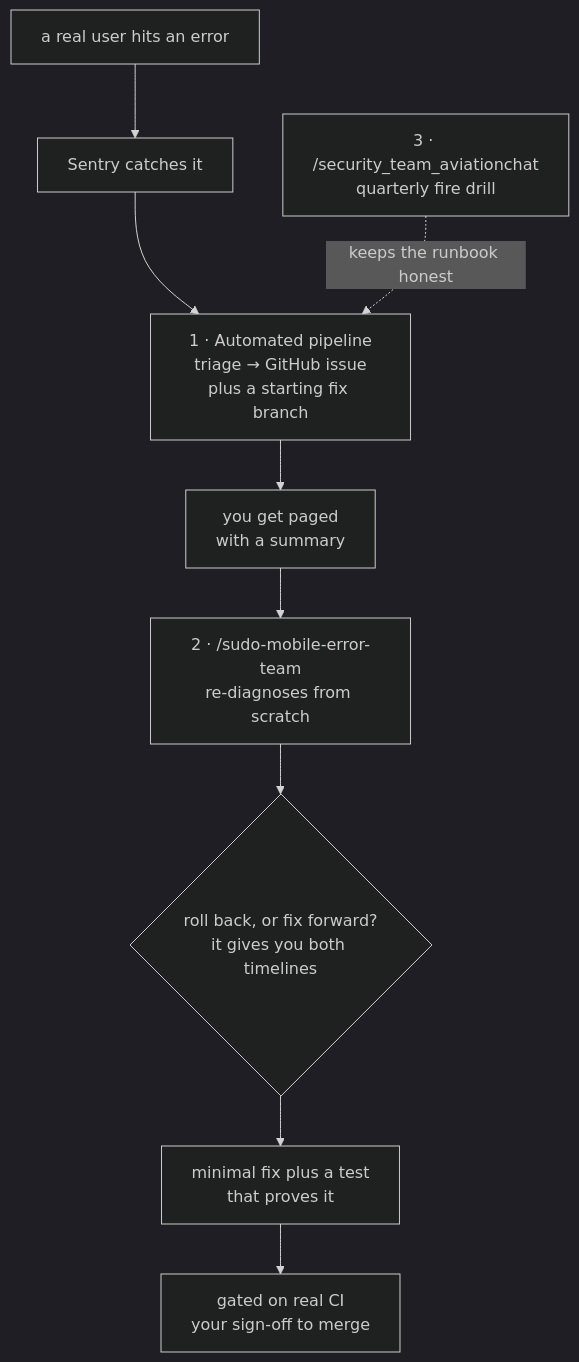
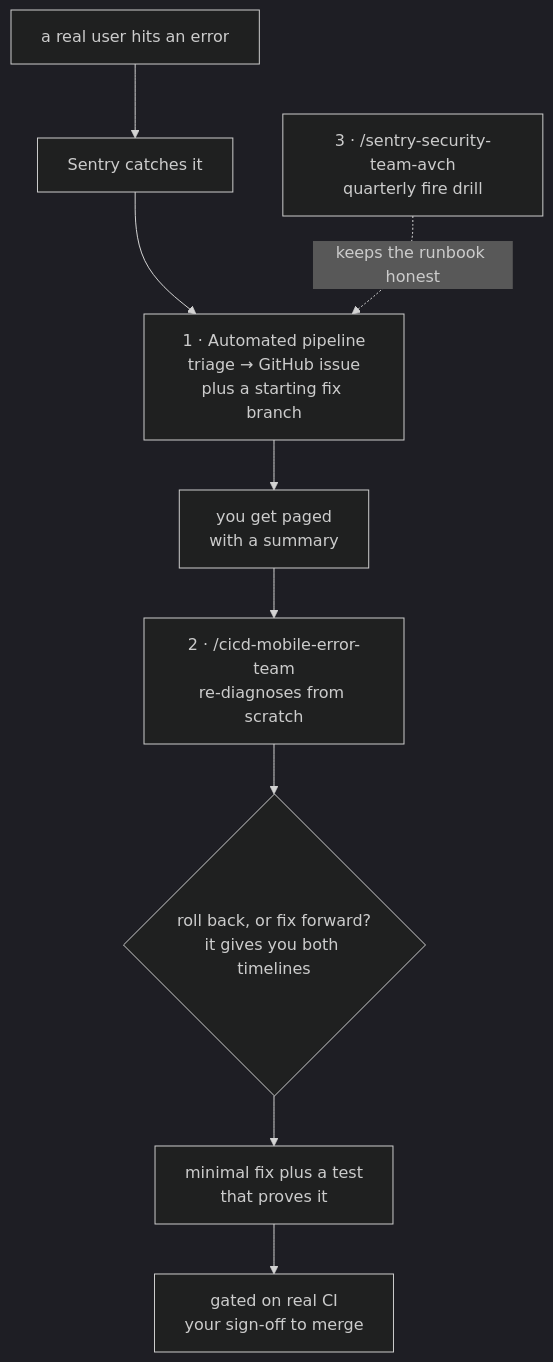
One commit to sudomadhatter/Sudo_Hatter_Command changed the eighth of 8 diagrams in _my_resources/_quick_reference/sudo_workflows_testing.md. Above: the diagram before and after it, drawn with Mermaid (dark theme). The commit also changed other lines of this file and 402 other files, not shown here.

````diff
--- a/_my_resources/_quick_reference/sudo_workflows_testing.md
+++ b/_my_resources/_quick_reference/sudo_workflows_testing.md
@@ -935,11 +936,11 @@
 ```mermaid
 flowchart TD
     ERR["a real user hits an error"] --> SENTRY["Sentry catches it"]
     SENTRY --> AUTO["1 · Automated pipeline\ntriage → GitHub issue\nplus a starting fix branch"]
     AUTO --> PAGE["you get paged\nwith a summary"]
-    PAGE --> YOU["2 · /sudo-mobile-error-team\nre-diagnoses from scratch"]
+    PAGE --> YOU["2 · /cicd-mobile-error-team\nre-diagnoses from scratch"]
     YOU --> CARD{"roll back, or fix forward?\nit gives you both timelines"}
     CARD --> FIX["minimal fix plus a test\nthat proves it"]
     FIX --> CI["gated on real CI\nyour sign-off to merge"]
-    DRILL["3 · /security_team_aviationchat\nquarterly fire drill"] -.->|"keeps the runbook honest"| AUTO
+    DRILL["3 · /sentry-security-team-avch\nquarterly fire drill"] -.->|"keeps the runbook honest"| AUTO
 ```
````
